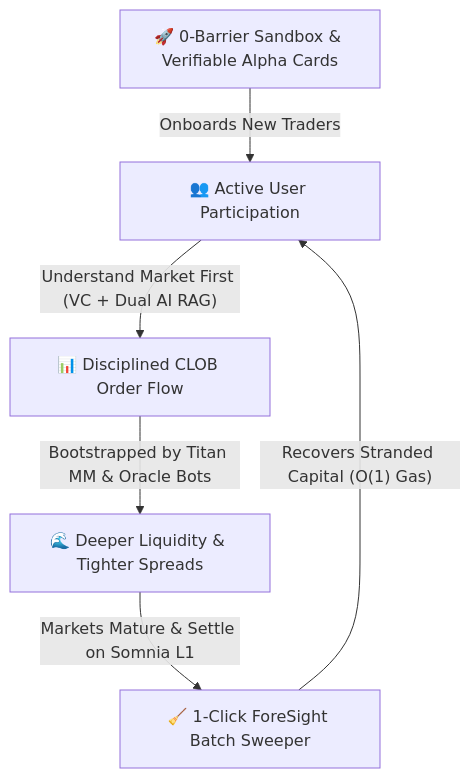
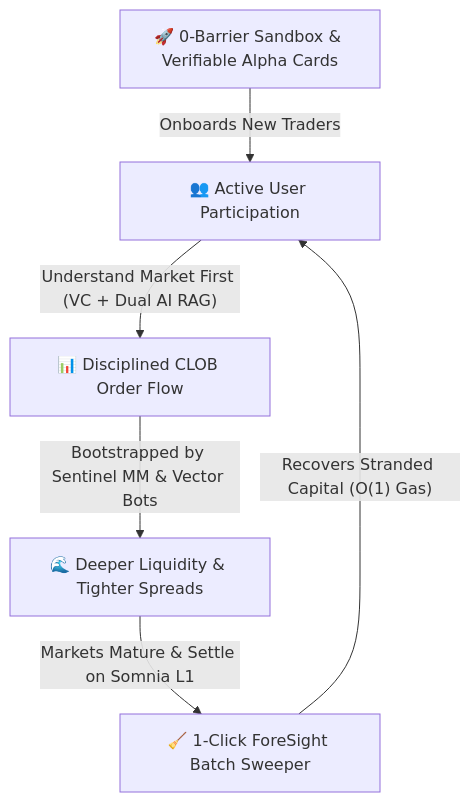
One commit to DanhCaTuanNgoc/ForeSight changed the diagram in README.md. Above: the diagram before and after it, drawn with Mermaid. The commit also changed other lines of this file and 2 other files, not shown here.

Commit message:
refactor: rename market maker and oracle follower strategies to Sentinel and Vector for clarity

````diff
--- a/README.md
+++ b/README.md
@@ -375,8 +375,8 @@
 ```mermaid
 graph TD
     A["🚀 0-Barrier Sandbox & Verifiable Alpha Cards"] -->|"Onboards New Traders"| B["👥 Active User Participation"]
     B -->|"Understand Market First (VC + Dual AI RAG)"| C["📊 Disciplined CLOB Order Flow"]
-    C -->|"Bootstrapped by Titan MM & Oracle Bots"| D["🌊 Deeper Liquidity & Tighter Spreads"]
+    C -->|"Bootstrapped by Sentinel MM & Vector Bots"| D["🌊 Deeper Liquidity & Tighter Spreads"]
     D -->|"Markets Mature & Settle on Somnia L1"| E["🧹 1-Click ForeSight Batch Sweeper"]
     E -->|"Recovers Stranded Capital (O(1) Gas)"| B
 ```
````
